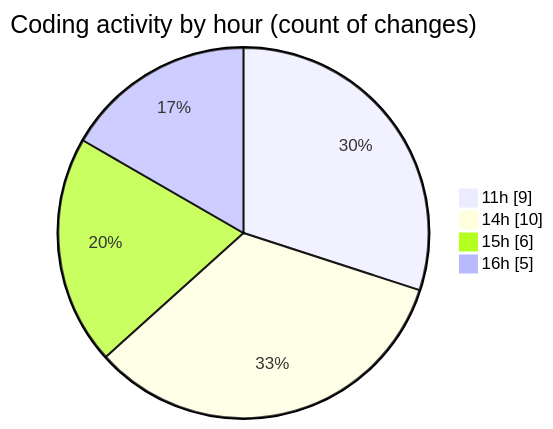
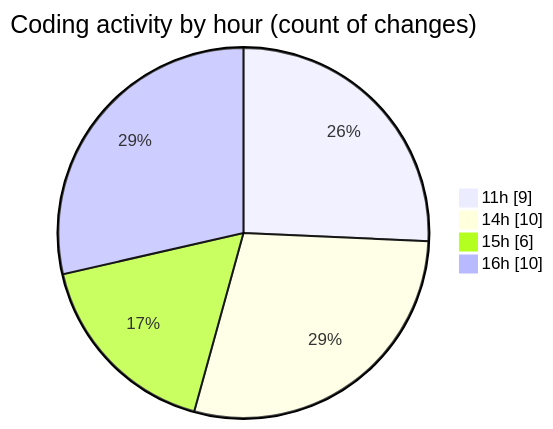
One commit to julien-gomy/code-tracking changed the second of 2 diagrams in 2025-11-15/usr_aleoudev_fr__workspace_/README.md. Above: the diagram before and after it, drawn with Mermaid. The commit also changed other lines of this file and 1 other file, not shown here.

````diff
--- a/2025-11-15/usr_aleoudev_fr__workspace_/README.md
+++ b/2025-11-15/usr_aleoudev_fr__workspace_/README.md
@@ -37,8 +37,8 @@
 ```mermaid
 pie showData
 title Coding activity by hour (count of changes)
 "11h" : 9
 "14h" : 10
 "15h" : 6
-"16h" : 5
+"16h" : 10
 ```
````
